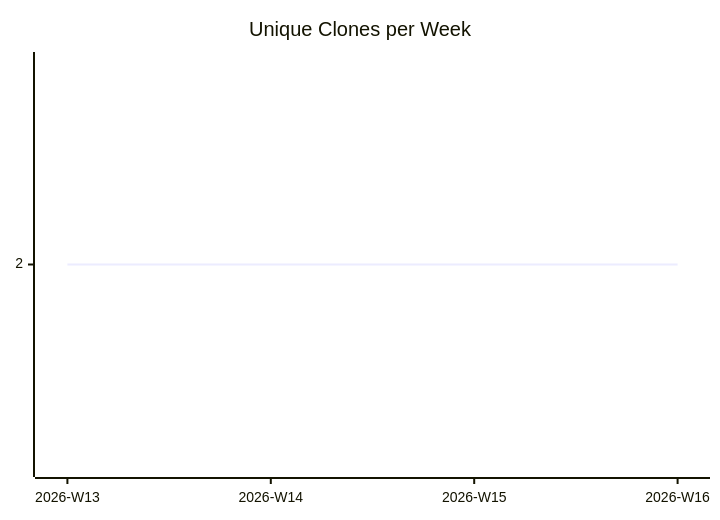
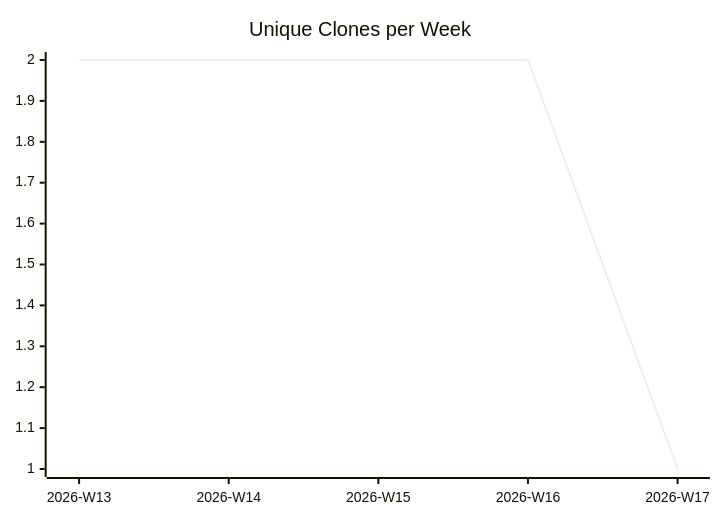
One commit to justdavis-family/github-analytics-data changed the third of 3 diagrams in karlmdavis/rps-tourney/README.md. Above: the diagram before and after it, drawn with Mermaid. The commit also changed other lines of this file and 192 other files, not shown here.

````diff
--- a/karlmdavis/rps-tourney/README.md
+++ b/karlmdavis/rps-tourney/README.md
@@ -19,6 +19,6 @@
 ```mermaid
 xychart-beta
   title "Unique Clones per Week"
-  x-axis ["2026-W13", "2026-W14", "2026-W15", "2026-W16"]
-  line [2, 2, 2, 2]
+  x-axis ["2026-W13", "2026-W14", "2026-W15", "2026-W16", "2026-W17"]
+  line [2, 2, 2, 2, 1]
 ```
````
